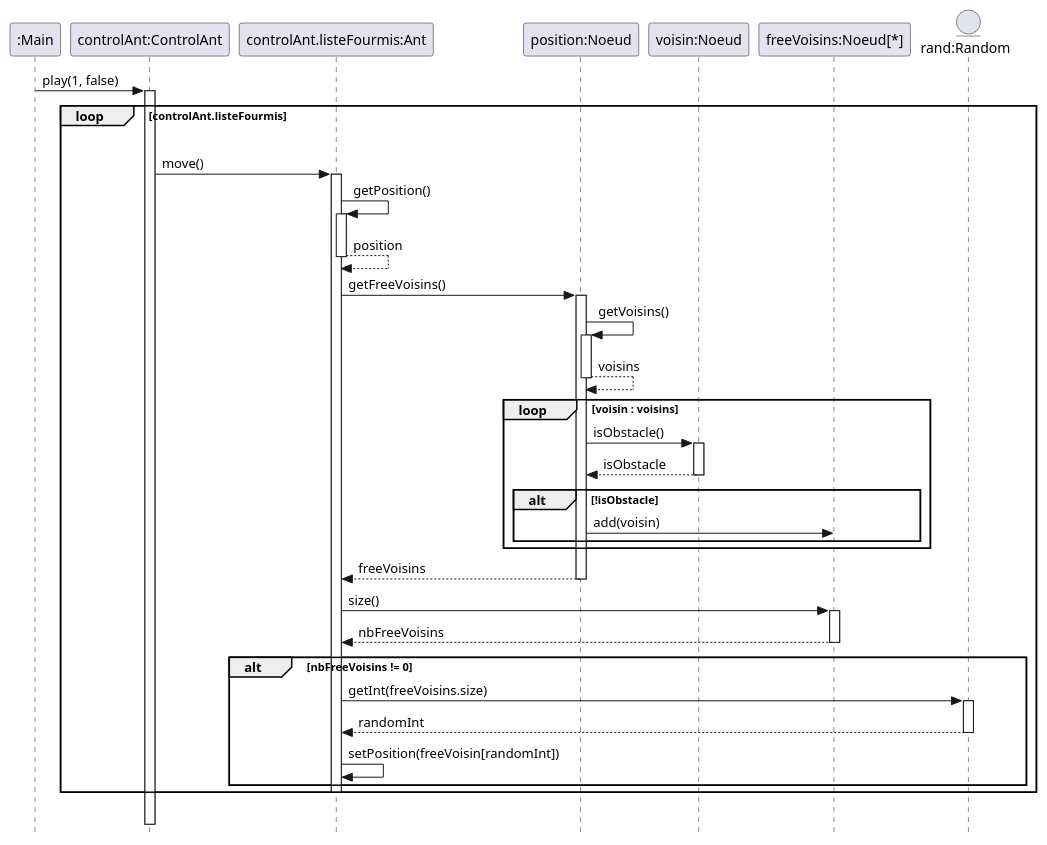
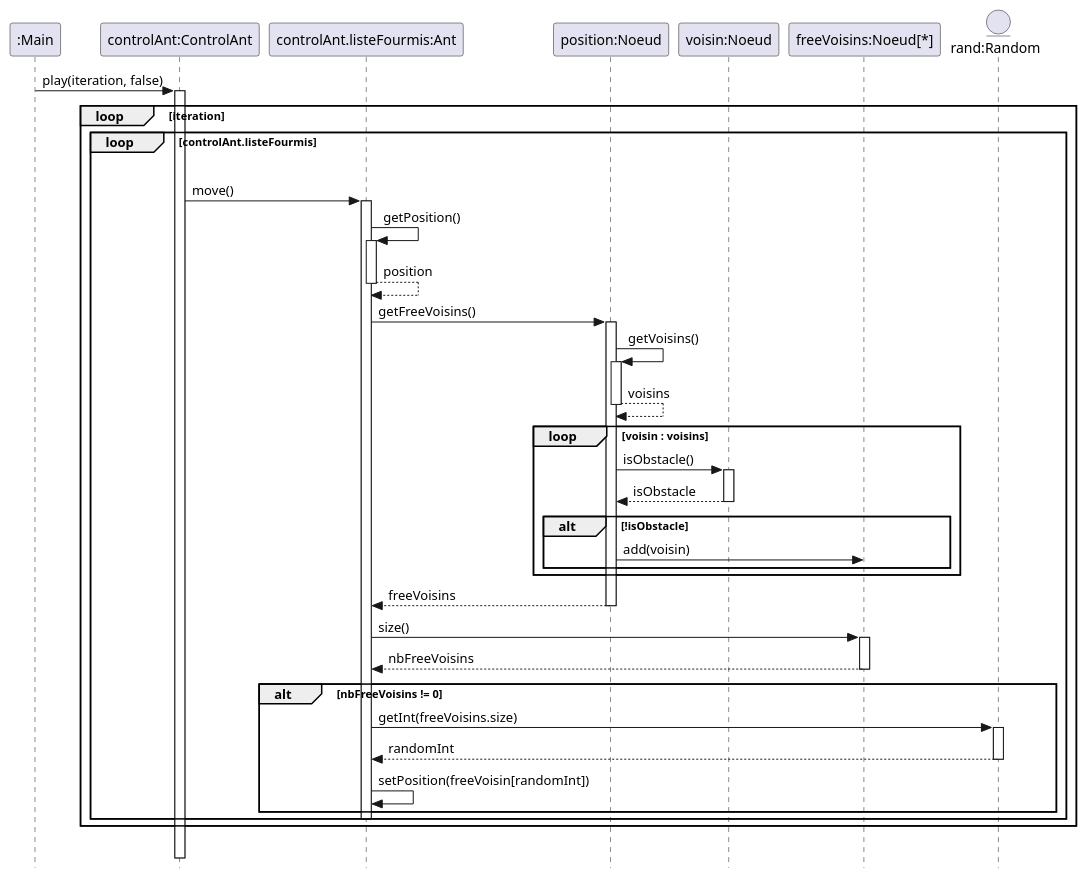
Before and after one commit to ErenMustafaGit/ColonieFourmis: the diagram in src/main/uml/Fourmis_DS.puml, drawn with PlantUML. The commit also changed 1 other file, not shown here.

```diff
--- a/src/main/uml/Fourmis_DS.puml
+++ b/src/main/uml/Fourmis_DS.puml
@@ -1,83 +1,85 @@
 @startuml
 'https://plantuml.com/sequence-diagram
 skinparam style strictuml
 'autonumber
 hide footbox
 
 'title Méthode jouer()
 participant ":Main" as main
 participant "controlAnt:ControlAnt" as controlAnt
 participant "controlAnt.listeFourmis:Ant" as ant
 participant "position:Noeud" as position
 participant "voisin:Noeud" as voisin
 participant "freeVoisins:Noeud[*]" as freeVoisins
 entity "rand:Random" as random
 
 'Pour le bitset.. prof a dit pas besoin
 'participant ":Graphe" as graphe
 'participant "bitPlay:BitSet[][]" as bitPlay
 'participant "bitPlay[i][j]:BitSet" as bitSet
 
-main -> controlAnt ++ : play(1, false)
-    loop controlAnt.listeFourmis
-    |||
-        controlAnt -> ant ++ : move()
-        ant -> ant  ++ : getPosition()
-        return position
+main -> controlAnt ++ : play(iteration, false)
+    loop iteration
+        loop controlAnt.listeFourmis
+        |||
+            controlAnt -> ant ++ : move()
+            ant -> ant  ++ : getPosition()
+            return position
 
-        ant -> position ++ : getFreeVoisins()
-            position -> position ++ : getVoisins()
-            return voisins
-            loop voisin : voisins
+            ant -> position ++ : getFreeVoisins()
+                position -> position ++ : getVoisins()
+                return voisins
+                loop voisin : voisins
 
-            position -> voisin ++ : isObstacle()
-            return isObstacle
+                position -> voisin ++ : isObstacle()
+                return isObstacle
 
-                alt !isObstacle
-                    position -> freeVoisins : add(voisin)
+                    alt !isObstacle
+                        position -> freeVoisins : add(voisin)
+                    end
                 end
+            return freeVoisins
+
+            ant -> freeVoisins ++ : size()
+            return nbFreeVoisins
+
+            alt nbFreeVoisins != 0
+                'nextInt() en Java
+                ant -> random ++ : getInt(freeVoisins.size)
+                return randomInt
+
+                ant -> ant : setPosition(freeVoisin[randomInt])
             end
-        return freeVoisins
-
-        ant -> freeVoisins ++ : size()
-        return nbFreeVoisins
-
-        alt nbFreeVoisins != 0
-            'nextInt() en Java
-            ant -> random ++ : getInt(freeVoisins.size)
-            return randomInt
-
-            ant -> ant : setPosition(freeVoisin[randomInt])
+            deactivate ant
         end
-        deactivate ant
     end
 |||
     'controlFourmi -> graphe ++ : getHeight
     'return height
     'controlFourmi -> graphe ++ : getWidth
     'return width
 
     'create bitPlay
     'controlFourmi -->> bitPlay : instanciate(height, width)
         'loop height
             'loop width
                 'create bitSet
                 'controlFourmi -->> bitSet : instanciate(7)
 
                 'controlFourmi -> graphe ++ : getNoeud(height,width)
                 'return noeud
                 'alt noeud.getNoeudState == STATE.ANTHILL
                     'controlFourmi -> bitSet : set(0,true)
                 'end
                 'alt noeud.getNoeudState == STATE.ANTHILL
                     'controlFourmi -> bitSet : set(0,true)
                 'end
             'end
             'return bitPlay
         'end
 
 deactivate controlAnt
 
 
 
 @enduml
```
